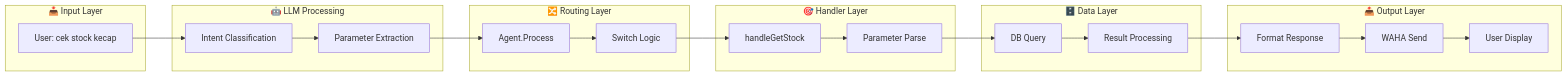
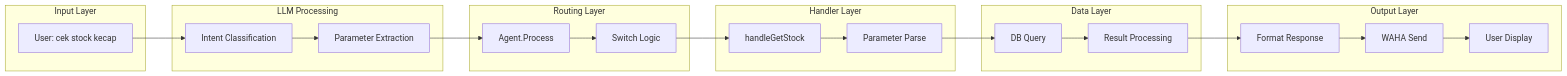
One commit to skyapps-id/smart-ledger-agent changed the fourth of 5 diagrams in README.md. Above: the diagram before and after it, drawn with Mermaid. The commit also changed other lines of this file, not shown here.

First line of the commit message:
fix: remove emoji from mermaid diagrams for GitHub compatibility

````diff
--- a/README.md
+++ b/README.md
@@ -120,44 +120,44 @@
 ```mermaid
 flowchart LR
-    subgraph Input["📥 Input Layer"]
+    subgraph Input["Input Layer"]
         A1[User: cek stock kecap]
     end
     
-    subgraph LLM["🤖 LLM Processing"]
+    subgraph LLM["LLM Processing"]
         B1[Intent Classification]
         B2[Parameter Extraction]
     end
     
-    subgraph Routing["🔀 Routing Layer"]
+    subgraph Routing["Routing Layer"]
         C1[Agent.Process]
         C2[Switch Logic]
     end
     
-    subgraph Handler["🎯 Handler Layer"]
+    subgraph Handler["Handler Layer"]
         D1[handleGetStock]
         D2[Parameter Parse]
     end
     
-    subgraph Data["🗄️ Data Layer"]
+    subgraph Data["Data Layer"]
         E1[DB Query]
         E2[Result Processing]
     end
     
-    subgraph Output["📤 Output Layer"]
+    subgraph Output["Output Layer"]
         F1[Format Response]
         F2[WAHA Send]
         F3[User Display]
     end
     
     A1 --> B1
     B1 --> B2
     B2 --> C1
     C1 --> C2
     C2 --> D1
     D1 --> D2
     D2 --> E1
     E1 --> E2
     E2 --> F1
     F1 --> F2
     F2 --> F3
 ```
````
